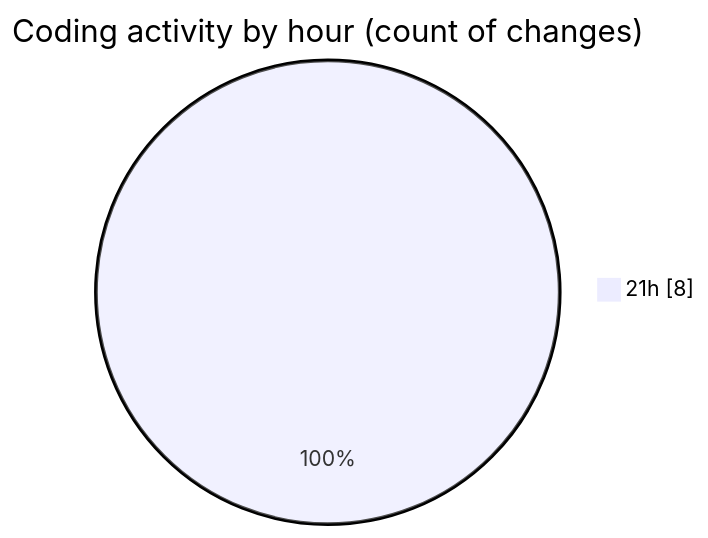
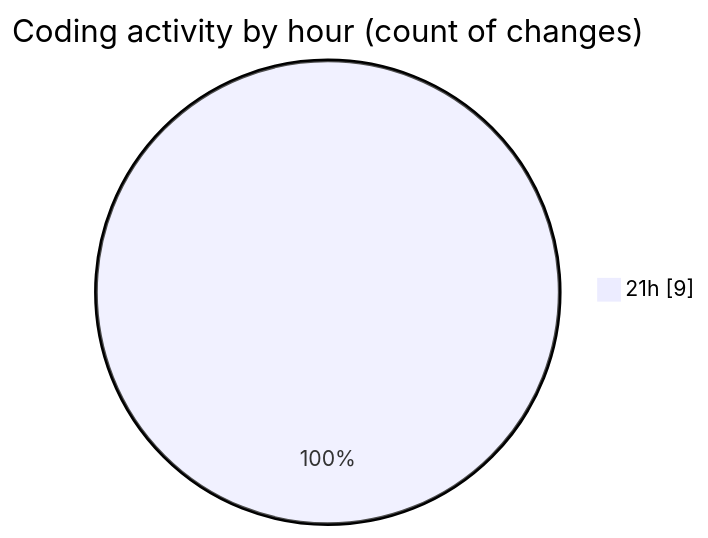
The second of 2 diagrams in 2025-08-03/opencode/README.md (EIIisD/code-tracking), drawn with Mermaid before and after one commit. The commit also changed other lines of this file and 1 other file, not shown here.

````diff
--- a/2025-08-03/opencode/README.md
+++ b/2025-08-03/opencode/README.md
@@ -28,5 +30,5 @@
 ```mermaid
 pie showData
 title Coding activity by hour (count of changes)
-"21h" : 8
+"21h" : 9
 ```
````
